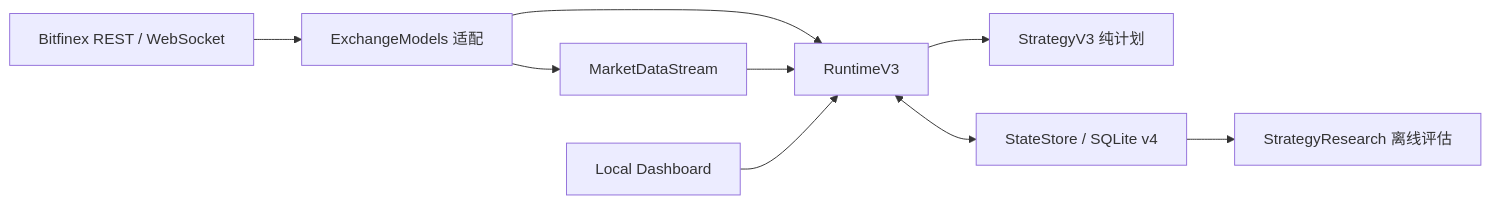
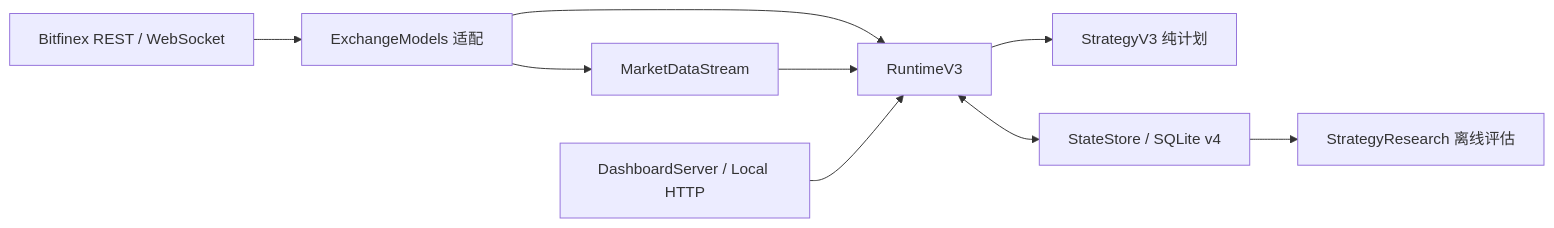
The diagram in docs/architecture.md (litianyu529-stack/Bitfinex-lendingbot), drawn with Mermaid before and after one commit. The commit also changed other lines of this file and 3 other files, not shown here.

````diff
--- a/docs/architecture.md
+++ b/docs/architecture.md
@@ -18,11 +20,11 @@
 ```mermaid
 flowchart LR
     B["Bitfinex REST / WebSocket"] --> A["ExchangeModels 适配"]
     A --> M["MarketDataStream"]
     A --> R["RuntimeV3"]
     M --> R
     R --> S["StrategyV3 纯计划"]
     R <--> D["StateStore / SQLite v4"]
     D --> E["StrategyResearch 离线评估"]
-    H["Local Dashboard"] --> R
+    H["DashboardServer / Local HTTP"] --> R
 ```
````
